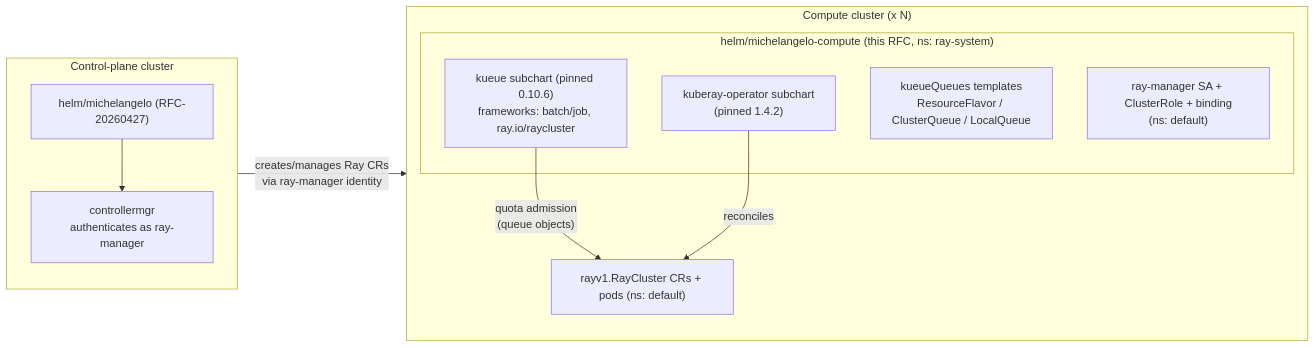
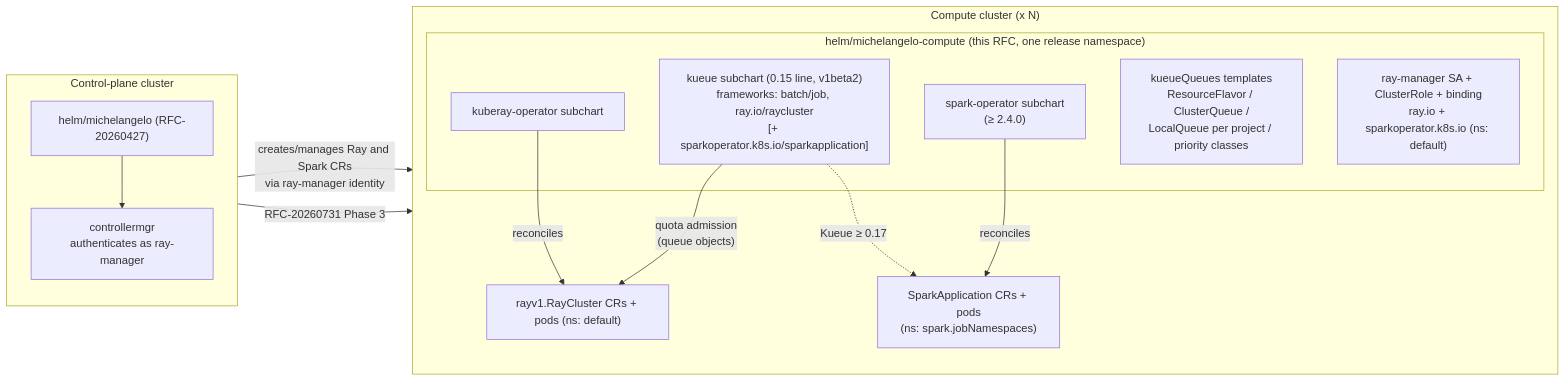
The first of 2 diagrams in rfcs/20260805-compute-cluster-helm-chart/20260805-compute-cluster-helm-chart.md (michelangelo-ai/enhancements), drawn with Mermaid before and after one commit. The commit also changed other lines of this file, not shown here.

First line of the commit message:
rfc(compute-chart): cover Spark Operator, replace stale Kueue pin premise, align queue values

````diff
--- a/rfcs/20260805-compute-cluster-helm-chart/20260805-compute-cluster-helm-chart.md
+++ b/rfcs/20260805-compute-cluster-helm-chart/20260805-compute-cluster-helm-chart.md
@@ -54,24 +56,29 @@
 ```mermaid
 flowchart LR
     subgraph cp["Control-plane cluster"]
         direction TB
         cpchart["helm/michelangelo (RFC-20260427)"]
         cm["controllermgr<br/>authenticates as ray-manager"]
         cpchart --> cm
     end
 
     subgraph cc["Compute cluster (x N)"]
         direction TB
-        subgraph chart["helm/michelangelo-compute (this RFC, ns: ray-system)"]
-            kuberay["kuberay-operator subchart<br/>(pinned 1.4.2)"]
-            kueue["kueue subchart (pinned 0.10.6)<br/>frameworks: batch/job, ray.io/raycluster"]
-            queues["kueueQueues templates<br/>ResourceFlavor / ClusterQueue / LocalQueue"]
-            rbac["ray-manager SA + ClusterRole + binding<br/>(ns: default)"]
+        subgraph chart["helm/michelangelo-compute (this RFC, one release namespace)"]
+            kuberay["kuberay-operator subchart"]
+            spark["spark-operator subchart<br/>(≥ 2.4.0)"]
+            kueue["kueue subchart (0.15 line, v1beta2)<br/>frameworks: batch/job, ray.io/raycluster<br/>[+ sparkoperator.k8s.io/sparkapplication]"]
+            queues["kueueQueues templates<br/>ResourceFlavor / ClusterQueue /<br/>LocalQueue per project / priority classes"]
+            rbac["ray-manager SA + ClusterRole + binding<br/>ray.io + sparkoperator.k8s.io (ns: default)"]
         end
         rc["rayv1.RayCluster CRs + pods (ns: default)"]
+        sa["SparkApplication CRs + pods<br/>(ns: spark.jobNamespaces)"]
     end
 
-    cm -->|"creates/manages Ray CRs<br/>via ray-manager identity"| rc
+    cm -->|"creates/manages Ray and Spark CRs<br/>via ray-manager identity"| rc
+    cm -->|"RFC-20260731 Phase 3"| sa
     kueue -->|"quota admission<br/>(queue objects)"| rc
+    kueue -.->|"Kueue ≥ 0.17"| sa
     kuberay -->|"reconciles"| rc
+    spark -->|"reconciles"| sa
 ```
````
